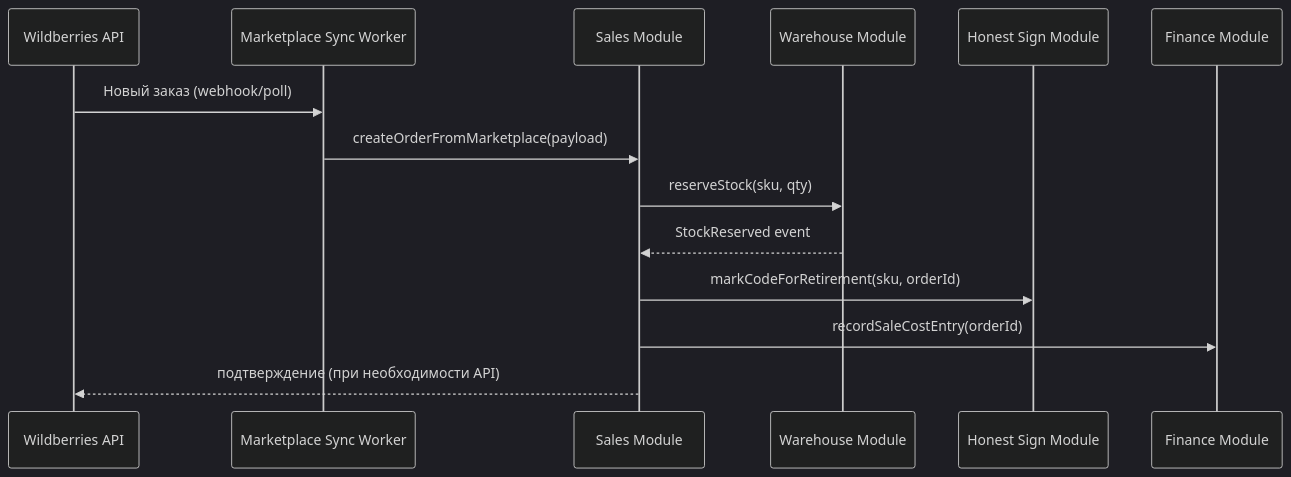
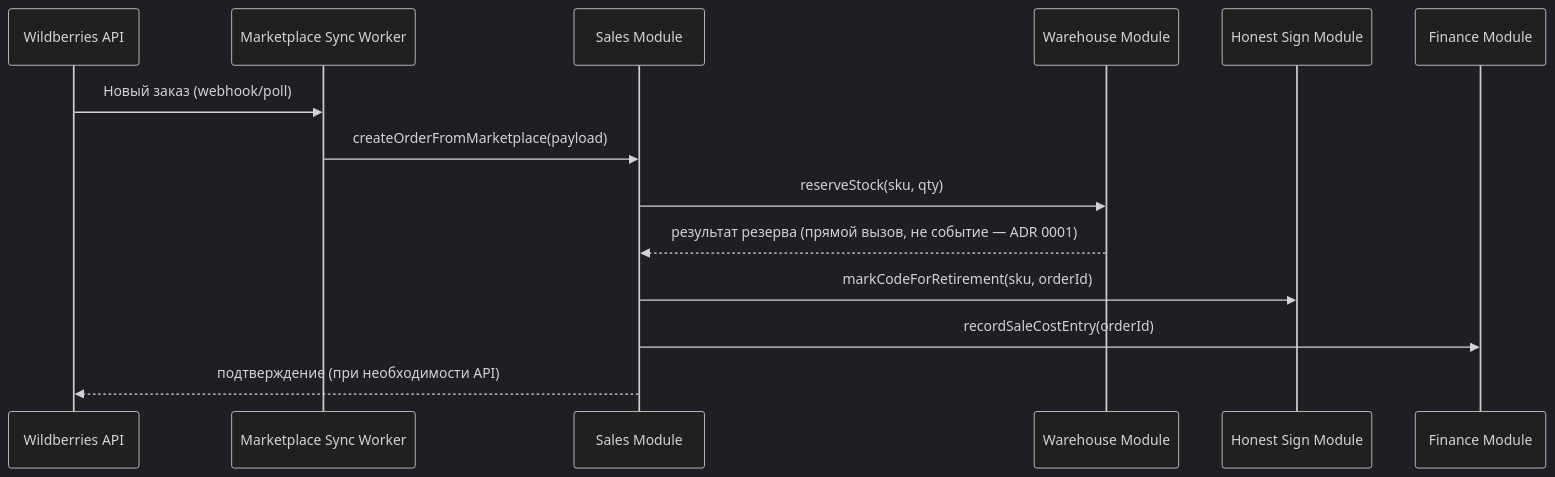
The second of 4 diagrams in docs/ARCHITECTURE.md (matveevmln/GarmentOS), drawn with Mermaid (dark theme) before and after one commit. The commit also changed other lines of this file and 8 other files, not shown here.

````diff
--- a/docs/ARCHITECTURE.md
+++ b/docs/ARCHITECTURE.md
@@ -89,17 +90,17 @@
 ```mermaid
 sequenceDiagram
     participant WB as Wildberries API
     participant SYNC as Marketplace Sync Worker
     participant SALES as Sales Module
     participant WH as Warehouse Module
     participant HZ as Honest Sign Module
     participant FIN as Finance Module
 
     WB->>SYNC: Новый заказ (webhook/poll)
     SYNC->>SALES: createOrderFromMarketplace(payload)
     SALES->>WH: reserveStock(sku, qty)
-    WH-->>SALES: StockReserved event
+    WH-->>SALES: результат резерва (прямой вызов, не событие — ADR 0001)
     SALES->>HZ: markCodeForRetirement(sku, orderId)
     SALES->>FIN: recordSaleCostEntry(orderId)
     SALES-->>WB: подтверждение (при необходимости API)
 ```
````
